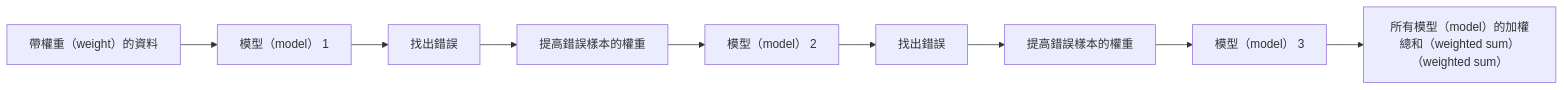
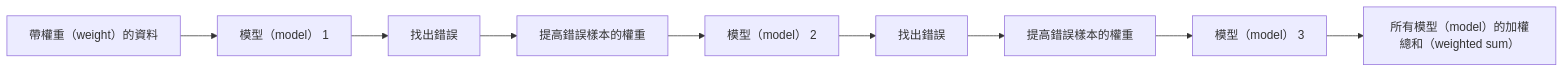
The second of 3 diagrams in i18n/zh-TW/phases/02-ml-fundamentals/11-ensemble-methods/docs/zh-TW.md (edward821220/ai-engineering-from-scratch), drawn with Mermaid before and after one commit. The commit also changed other lines of this file, not shown here.

````diff
--- a/i18n/zh-TW/phases/02-ml-fundamentals/11-ensemble-methods/docs/zh-TW.md
+++ b/i18n/zh-TW/phases/02-ml-fundamentals/11-ensemble-methods/docs/zh-TW.md
@@ -76,11 +76,11 @@
 ```mermaid
 flowchart LR
     D[帶權重（weight）的資料] --> M1[模型（model） 1]
     M1 --> E1[找出錯誤]
     E1 --> W1[提高錯誤樣本的權重]
     W1 --> M2[模型（model） 2]
     M2 --> E2[找出錯誤]
     E2 --> W2[提高錯誤樣本的權重]
     W2 --> M3[模型（model） 3]
-    M3 --> F[所有模型（model）的加權總和（weighted sum）（weighted sum）]
+    M3 --> F[所有模型（model）的加權總和（weighted sum）]
 ```
````
